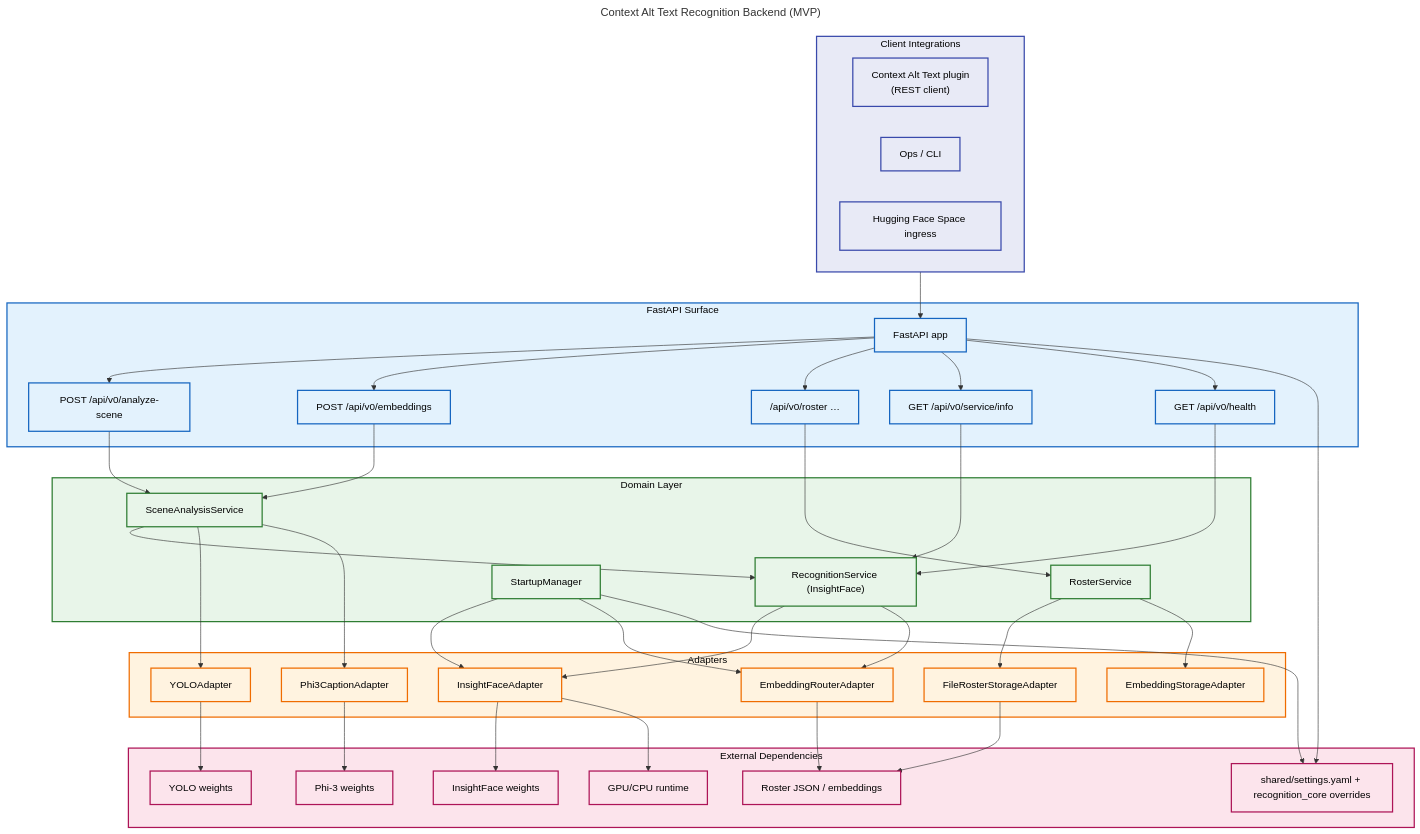
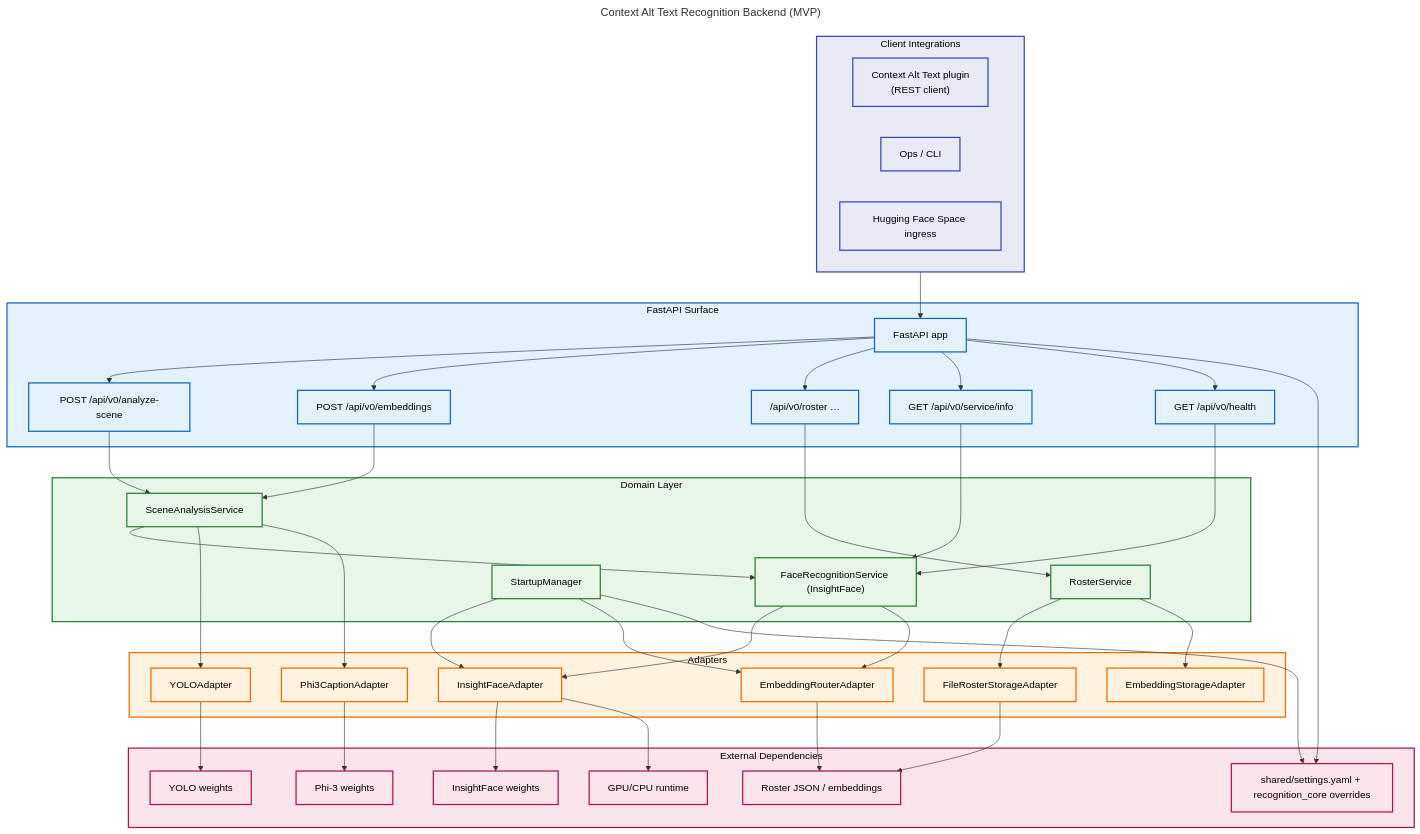
Before and after one commit to darce/context-alt-text-monorepo: the diagram in docs/architecture/backend-uml/unified_architecture.mermaid, drawn with Mermaid. The commit also changed 11 other files, not shown here.

Commit message:
Rename recognition orchestrator to FaceRecognitionService

```diff
--- a/docs/architecture/backend-uml/unified_architecture.mermaid
+++ b/docs/architecture/backend-uml/unified_architecture.mermaid
@@ -1,96 +1,96 @@
 ---
 title: Context Alt Text Recognition Backend (MVP)
 ---
 flowchart TB
     %% Clients
     subgraph clients["Client Integrations"]
         wp_plugin["Context Alt Text plugin\n(REST client)"]
         ops_cli["Ops / CLI"]
         hugging_face["Hugging Face Space ingress"]
     end
 
     %% API Layer
     subgraph api["FastAPI Surface"]
         fastapi_app["FastAPI app"]
         analyze_scene_route["POST /api/v0/analyze-scene"]
         embeddings_route["POST /api/v0/embeddings"]
         roster_routes["/api/v0/roster …"]
         service_info_route["GET /api/v0/service/info"]
         health_route["GET /api/v0/health"]
     end
 
     %% Domain Services
     subgraph domain["Domain Layer"]
         scene_service["SceneAnalysisService"]
-        recognition_service["RecognitionService (InsightFace)"]
+        recognition_service["FaceRecognitionService (InsightFace)"]
         roster_service["RosterService"]
         startup_manager["StartupManager"]
     end
 
     %% Adapters
     subgraph adapters["Adapters"]
         yolo_adapter["YOLOAdapter"]
         caption_adapter["Phi3CaptionAdapter"]
         insightface_adapter["InsightFaceAdapter"]
         embedding_adapter["EmbeddingRouterAdapter"]
         roster_storage["FileRosterStorageAdapter"]
         embedding_storage["EmbeddingStorageAdapter"]
     end
 
     %% External Systems
     subgraph external["External Dependencies"]
         settings_yaml["shared/settings.yaml + recognition_core overrides"]
         insightface_weights["InsightFace weights"]
         yolo_weights["YOLO weights"]
         phi3_weights["Phi-3 weights"]
         roster_files["Roster JSON / embeddings"]
         hardware["GPU/CPU runtime"]
     end
 
     clients --> fastapi_app
     fastapi_app --> analyze_scene_route
     fastapi_app --> embeddings_route
     fastapi_app --> roster_routes
     fastapi_app --> service_info_route
     fastapi_app --> health_route
 
     analyze_scene_route --> scene_service
     embeddings_route --> scene_service
     roster_routes --> roster_service
     service_info_route --> recognition_service
     health_route --> recognition_service
 
     scene_service --> recognition_service
     scene_service --> yolo_adapter
     scene_service --> caption_adapter
 
     recognition_service --> insightface_adapter
     recognition_service --> embedding_adapter
 
     roster_service --> roster_storage
     roster_service --> embedding_storage
 
     startup_manager --> insightface_adapter
     startup_manager --> embedding_adapter
 
     yolo_adapter --> yolo_weights
     caption_adapter --> phi3_weights
     insightface_adapter --> insightface_weights
     embedding_adapter --> roster_files
     roster_storage --> roster_files
 
     fastapi_app --> settings_yaml
     startup_manager --> settings_yaml
     insightface_adapter --> hardware
 
     classDef clientsClass fill:#e8eaf6,stroke:#3949ab,color:#000,stroke-width:2px
     classDef apiClass fill:#e3f2fd,stroke:#1565c0,color:#000,stroke-width:2px
     classDef domainClass fill:#e8f5e9,stroke:#2e7d32,color:#000,stroke-width:2px
     classDef adapterClass fill:#fff3e0,stroke:#ef6c00,color:#000,stroke-width:2px
     classDef externalClass fill:#fce4ec,stroke:#ad1457,color:#000,stroke-width:2px
 
     class clients,wp_plugin,ops_cli,hugging_face clientsClass
     class api,fastapi_app,analyze_scene_route,embeddings_route,roster_routes,service_info_route,health_route apiClass
     class domain,scene_service,recognition_service,roster_service,startup_manager domainClass
     class adapters,yolo_adapter,caption_adapter,insightface_adapter,embedding_adapter,roster_storage,embedding_storage adapterClass
     class external,settings_yaml,insightface_weights,yolo_weights,phi3_weights,roster_files,hardware externalClass
```
